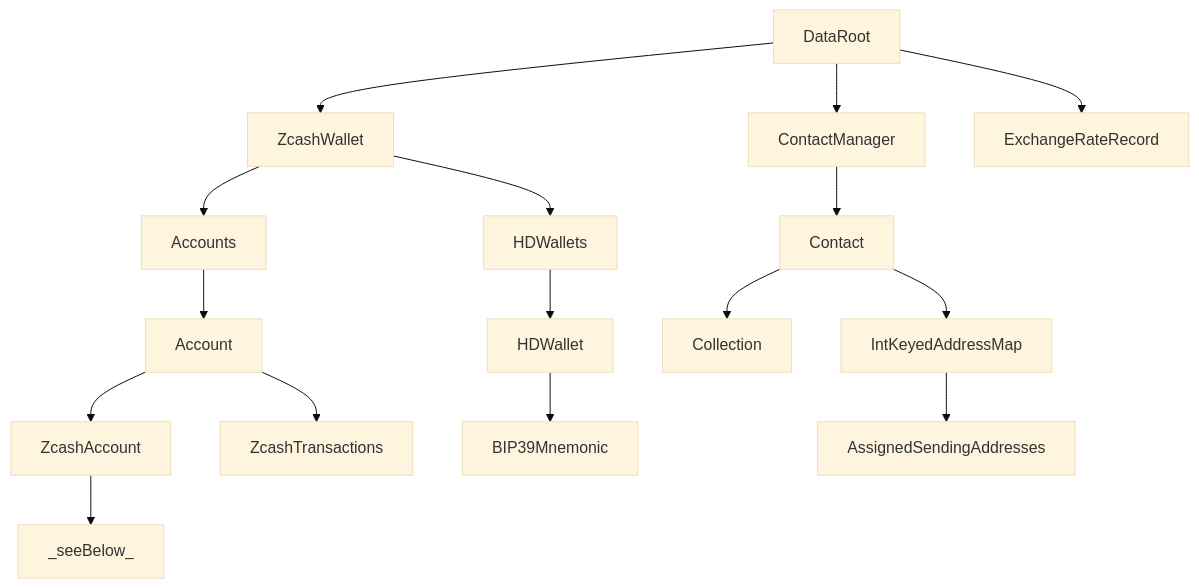
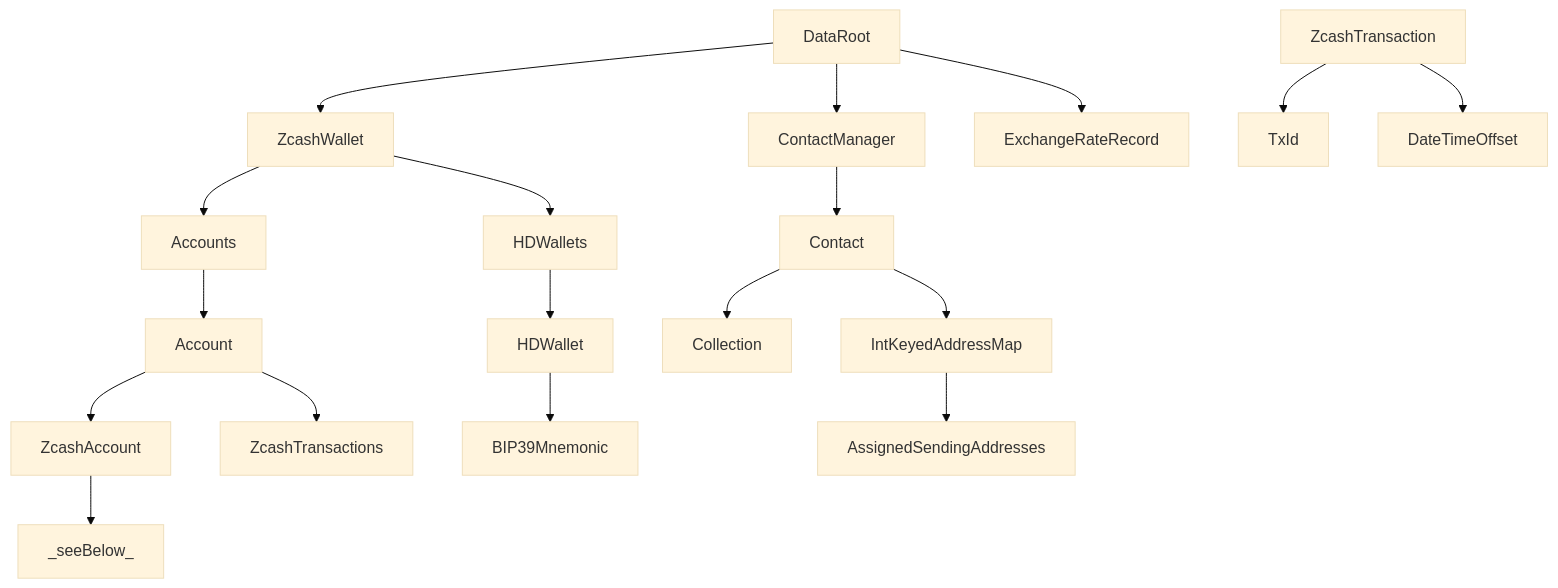
Before and after one commit to zingolabs/zcash-wallet-formats: the first of 2 diagrams in ezcash/README.md, drawn with Mermaid (base theme). The commit also changed other lines of this file, not shown here.

````diff
--- a/ezcash/README.md
+++ b/ezcash/README.md
@@ -51,26 +51,29 @@
 ```mermaid
 flowchart TB
 DataRoot --> ZcashWallet
 DataRoot --> ContactManager
 DataRoot --> ExchangeRateRecord
 
 ZcashWallet --> HDWallets
 ZcashWallet --> Accounts
 
 Accounts --> Account
 HDWallets --> HDWallet
 
 Account --> ZcashAccount
 Account --> ZcashTransactions
 
 ZcashAccount --> _seeBelow_
+ZcashTransaction --> TxId
+ZcashTransaction --> DateTimeOffset
 
 HDWallet --> BIP39Mnemonic
 
 ContactManager --> Contact
 
 Contact --> Collection
 Contact --> IntKeyedAddressMap
 
 IntKeyedAddressMap --> AssignedSendingAddresses
+
 ```
````
